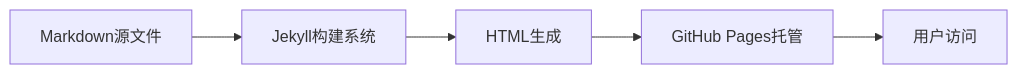
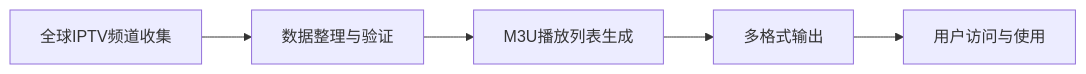
Before and after one commit to wayyoungboy/github-trending-reporter: the sixth of 11 diagrams in reports/2026/01/2026-01-12.md, drawn with Mermaid. The commit also changed other lines of this file and 1 other file, not shown here.

````diff
--- a/reports/2026/01/2026-01-12.md
+++ b/reports/2026/01/2026-01-12.md
@@ -213,7 +310,7 @@
 ```mermaid
 graph LR
-    A[Markdown源文件] --> B[Jekyll构建系统]
-    B --> C[HTML生成]
-    C --> D[GitHub Pages托管]
-    D --> E[用户访问]
+    A[全球IPTV频道收集] --> B[数据整理与验证]
+    B --> C[M3U播放列表生成]
+    C --> D[多格式输出]
+    D --> E[用户访问与使用]
 ```
````
